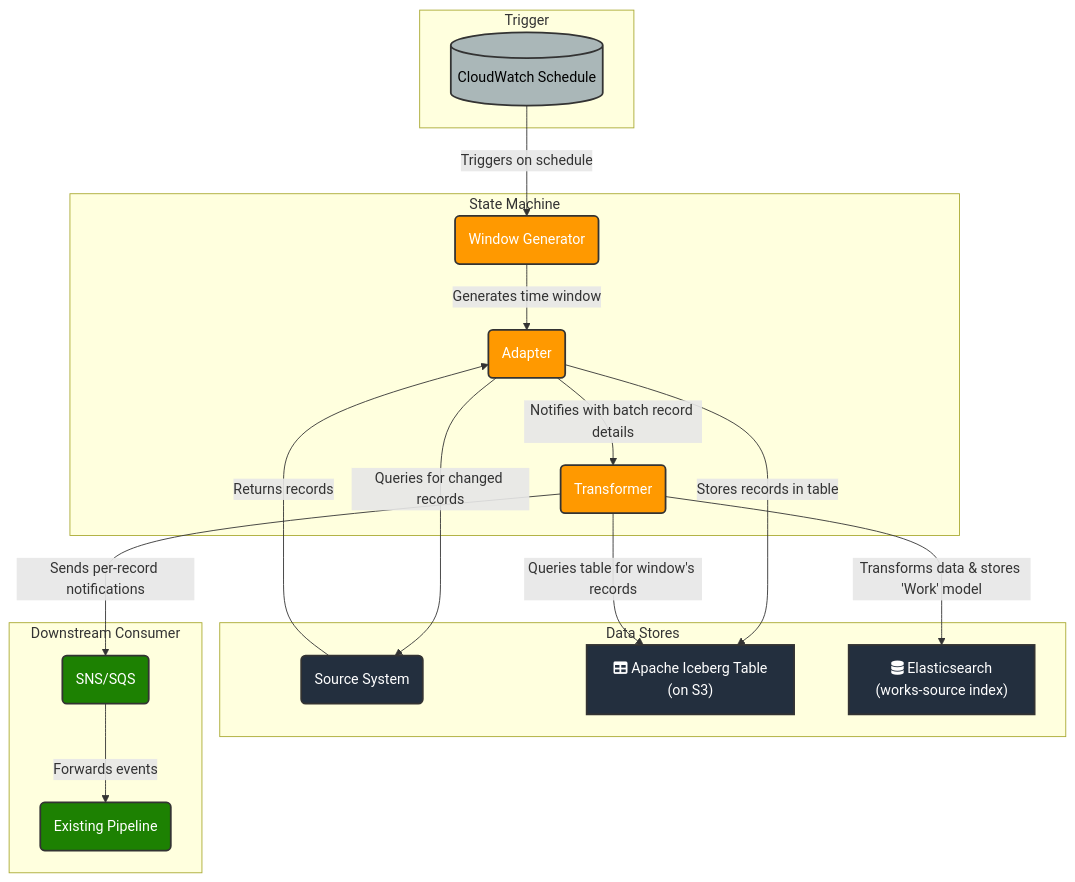
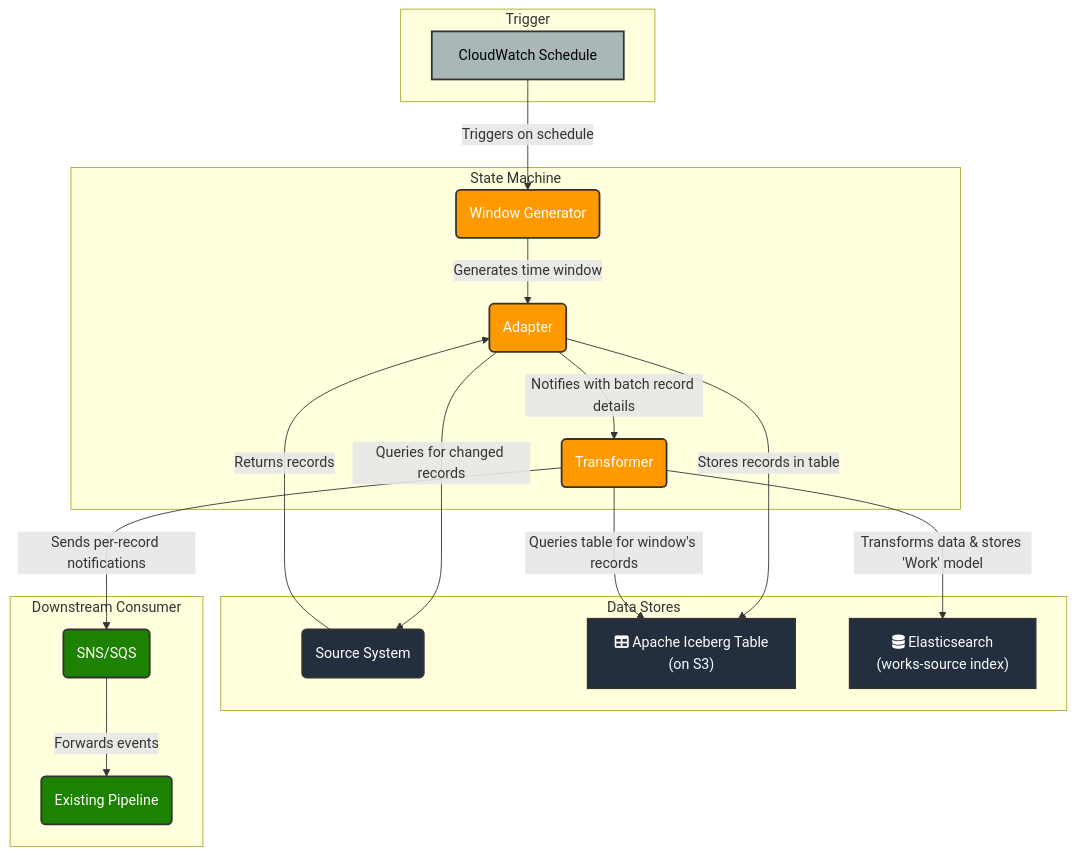
One commit to wellcomecollection/docs changed the third of 5 diagrams in rfcs/075-updated_adapters/README.md. Above: the diagram before and after it, drawn with Mermaid.

Commit message:
mermaid formatting

````diff
--- a/rfcs/075-updated_adapters/README.md
+++ b/rfcs/075-updated_adapters/README.md
@@ -569,46 +569,46 @@
 ```mermaid
 graph TD
     subgraph "Trigger"
-        A[("CloudWatch Schedule")]
+        A["CloudWatch Schedule"]
     end
 
     subgraph "State Machine"
         B(Window Generator)
         C(Adapter)
         F(Transformer)
     end
 
     subgraph "Data Stores"
         D(Source System)
         E["fa:fa-table Apache Iceberg Table<br>(on S3)"]
         G["fa:fa-database Elasticsearch<br>(works-source index)"]
     end
 
     subgraph "Downstream Consumer"
         H(SNS/SQS)
         I(Existing Pipeline)
     end
 
     %% Define the flow
     A -- Triggers on schedule --> B;
     B -- Generates time window --> C;
     C -- Queries for changed records --> D;
     D -- Returns records --> C;
     C -- Stores records in table --> E;
     C -- Notifies with batch record details --> F;
     F -- Queries table for window's records --> E;
     F -- Transforms data & stores 'Work' model --> G;
     F -- Sends per-record notifications --> H;
     H -- Forwards events --> I;
 
     %% Styling
     classDef stepFunctions fill:#FF9900,stroke:#333,stroke-width:2px,color:white;
     classDef dataStores fill:#232F3E,stroke:#333,stroke-width:2px,color:white;
     classDef trigger fill:#AAB7B8,stroke:#333,stroke-width:2px,color:black;
     classDef consumer fill:#1D8102,stroke:#333,stroke-width:2px,color:white;
 
     class B,C,F stepFunctions;
     class D,E,G dataStores;
     class A trigger;
     class H,I consumer;
 ```
````
